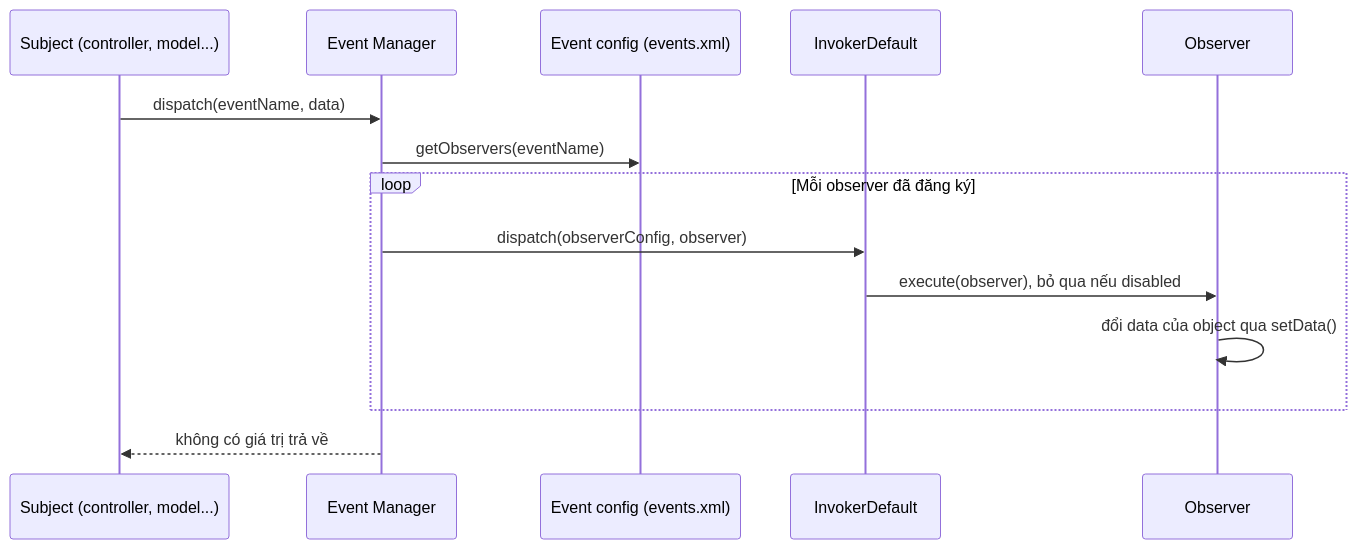
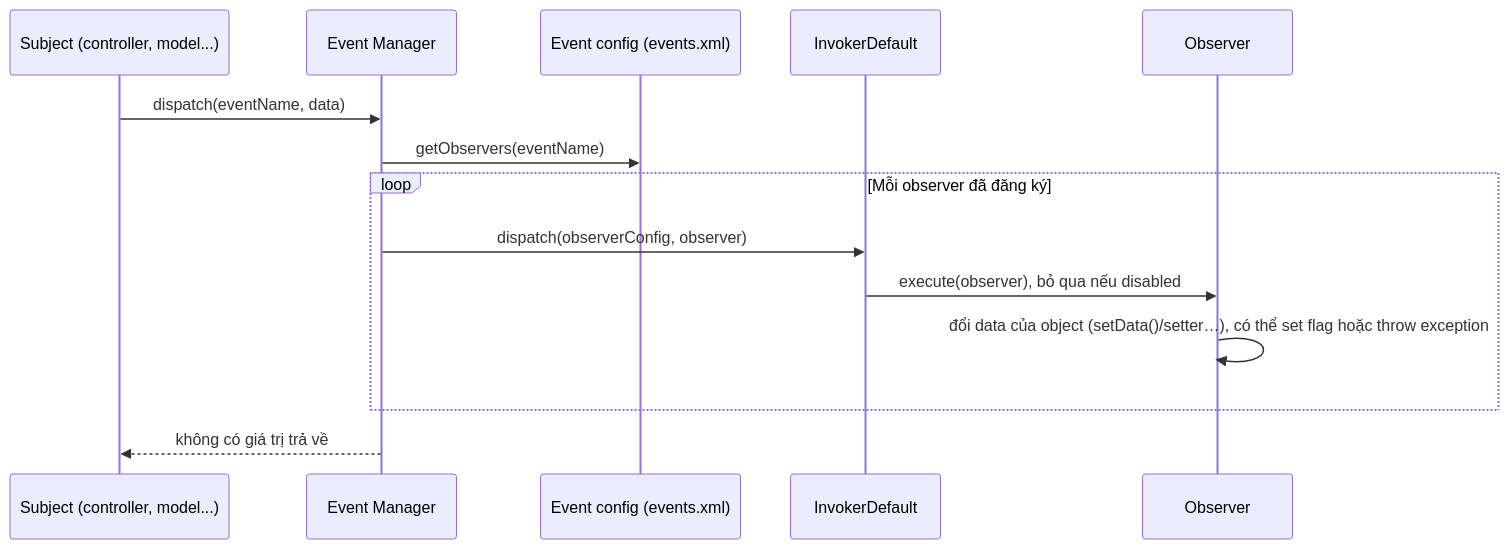
Before and after one commit to dpnam03/dev-doc: the first of 3 diagrams in Dev Docs/10. Magento/10. Knowledge Base/Architecture/DI & Interceptors/So sánh overview về Event, Plugin & DI.md, drawn with Mermaid. The commit also changed other lines of this file and 1 other file, not shown here.

Commit message:
magento-base-knowledge-architecture - review and update doc Dev Docs/10. Magento/10. Knowledge Base/Architecture/DI & Interceptors

````diff
--- a/Dev Docs/10. Magento/10. Knowledge Base/Architecture/DI & Interceptors/So sánh overview về Event, Plugin & DI.md
+++ b/Dev Docs/10. Magento/10. Knowledge Base/Architecture/DI & Interceptors/So sánh overview về Event, Plugin & DI.md
@@ -32,16 +37,16 @@
 ```mermaid
 sequenceDiagram
     participant S as Subject (controller, model...)
     participant EM as Event Manager
     participant Cfg as Event config (events.xml)
     participant Inv as InvokerDefault
     participant O as Observer
     S->>EM: dispatch(eventName, data)
     EM->>Cfg: getObservers(eventName)
     loop Mỗi observer đã đăng ký
         EM->>Inv: dispatch(observerConfig, observer)
         Inv->>O: execute(observer), bỏ qua nếu disabled
-        O->>O: đổi data của object qua setData()
+        O->>O: đổi data của object (setData()/setter…), có thể set flag hoặc throw exception
     end
     EM-->>S: không có giá trị trả về
 ```
````
